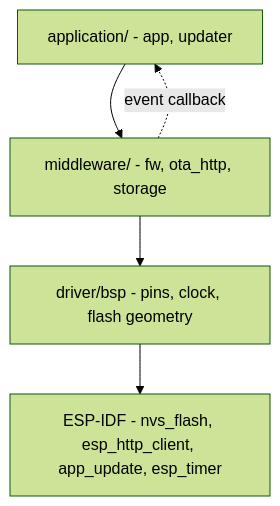
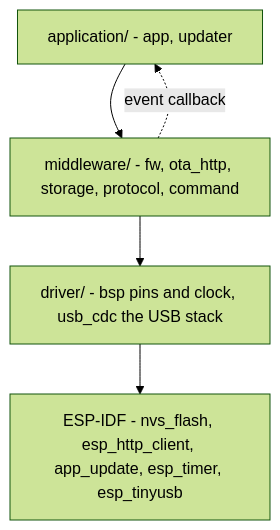
One commit to dtbao-embedded-dev/app-updater changed the diagram in docs/memory-ai/architecture/layering-and-dependencies.md. Above: the diagram before and after it, drawn with Mermaid (forest theme). The commit also changed other lines of this file and 13 other files, not shown here.

First line of the commit message:
docs(memory-ai): document the USB command channel

````diff
--- a/docs/memory-ai/architecture/layering-and-dependencies.md
+++ b/docs/memory-ai/architecture/layering-and-dependencies.md
@@ -23,10 +23,10 @@
 ```mermaid
 flowchart TD
     APP["application/ - app, updater"]
-    MW["middleware/ - fw, ota_http, storage"]
-    DRV["driver/bsp - pins, clock, flash geometry"]
-    SDK["ESP-IDF - nvs_flash, esp_http_client, app_update, esp_timer"]
+    MW["middleware/ - fw, ota_http, storage, protocol, command"]
+    DRV["driver/ - bsp pins and clock, usb_cdc the USB stack"]
+    SDK["ESP-IDF - nvs_flash, esp_http_client, app_update, esp_timer, esp_tinyusb"]
 
     APP --> MW --> DRV --> SDK
     MW -. "event callback" .-> APP
 ```
````
